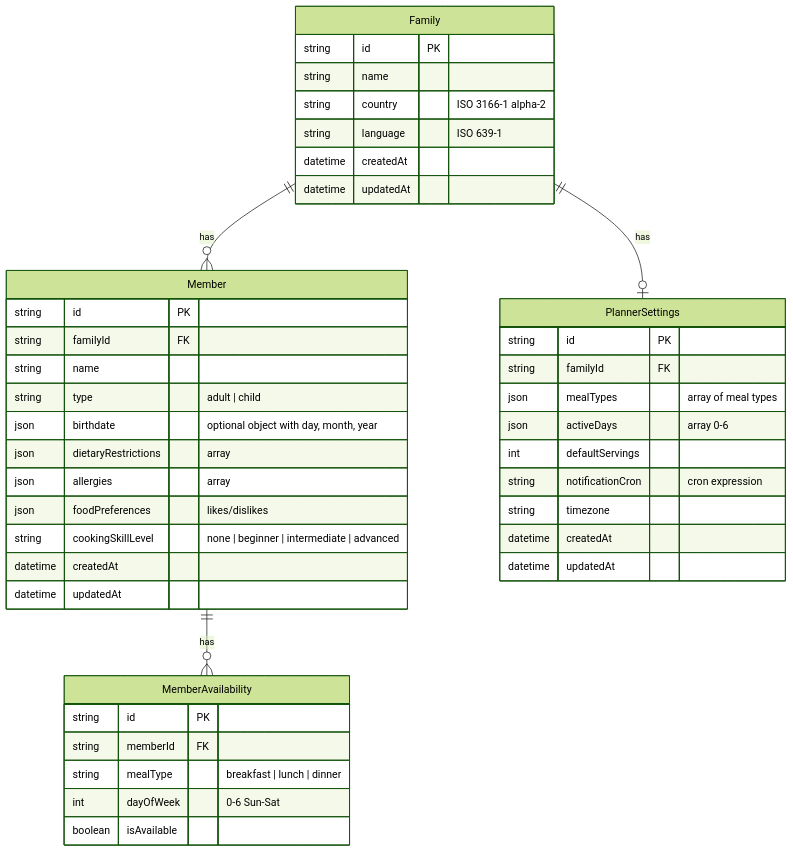
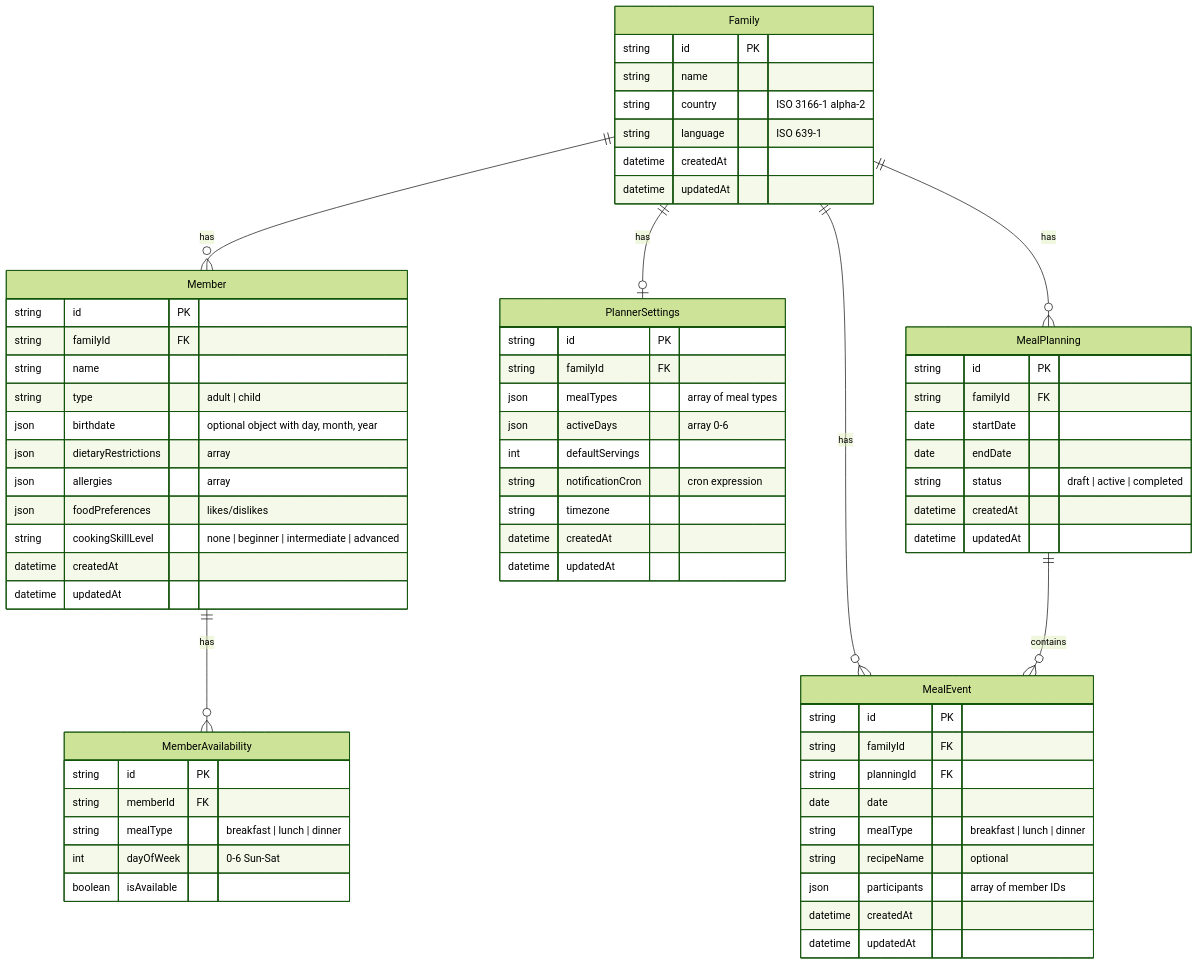
Before and after one commit to Nightbr/auguste: the diagram in specs/database-schema.md, drawn with Mermaid (forest theme). The commit also changed other lines of this file and 52 other files, not shown here.

````diff
--- a/specs/database-schema.md
+++ b/specs/database-schema.md
@@ -5,49 +5,74 @@
 ```mermaid
 erDiagram
     Family ||--o{ Member : "has"
     Family ||--o| PlannerSettings : "has"
     Member ||--o{ MemberAvailability : "has"
+    Family ||--o{ MealPlanning : "has"
+    Family ||--o{ MealEvent : "has"
+    MealPlanning ||--o{ MealEvent : "contains"
 
     Family {
         string id PK
         string name
         string country "ISO 3166-1 alpha-2"
         string language "ISO 639-1"
         datetime createdAt
         datetime updatedAt
     }
 
     Member {
         string id PK
         string familyId FK
         string name
         string type "adult | child"
         json birthdate "optional object with day, month, year"
         json dietaryRestrictions "array"
         json allergies "array"
         json foodPreferences "likes/dislikes"
         string cookingSkillLevel "none | beginner | intermediate | advanced"
         datetime createdAt
         datetime updatedAt
     }
 
     MemberAvailability {
         string id PK
         string memberId FK
         string mealType "breakfast | lunch | dinner"
         int dayOfWeek "0-6 Sun-Sat"
         boolean isAvailable
     }
 
     PlannerSettings {
         string id PK
         string familyId FK
         json mealTypes "array of meal types"
         json activeDays "array 0-6"
         int defaultServings
         string notificationCron "cron expression"
         string timezone
         datetime createdAt
         datetime updatedAt
     }
+
+    MealPlanning {
+        string id PK
+        string familyId FK
+        date startDate
+        date endDate
+        string status "draft | active | completed"
+        datetime createdAt
+        datetime updatedAt
+    }
+
+    MealEvent {
+        string id PK
+        string familyId FK
+        string planningId FK
+        date date
+        string mealType "breakfast | lunch | dinner"
+        string recipeName "optional"
+        json participants "array of member IDs"
+        datetime createdAt
+        datetime updatedAt
+    }
 ```
````
